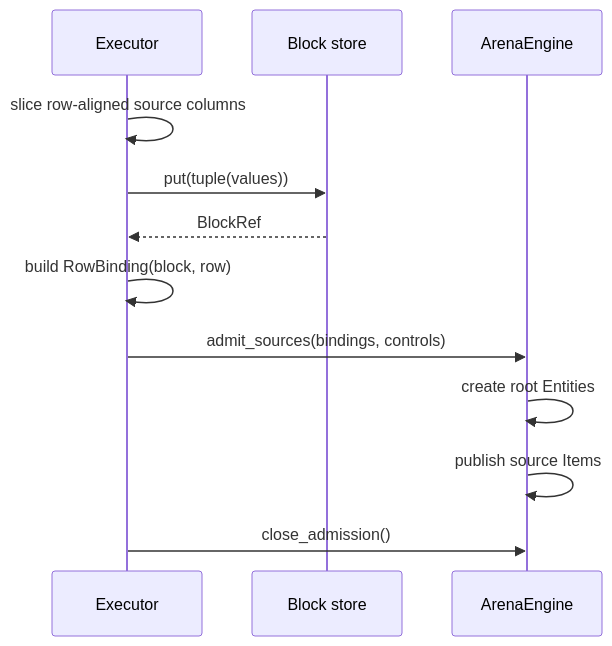
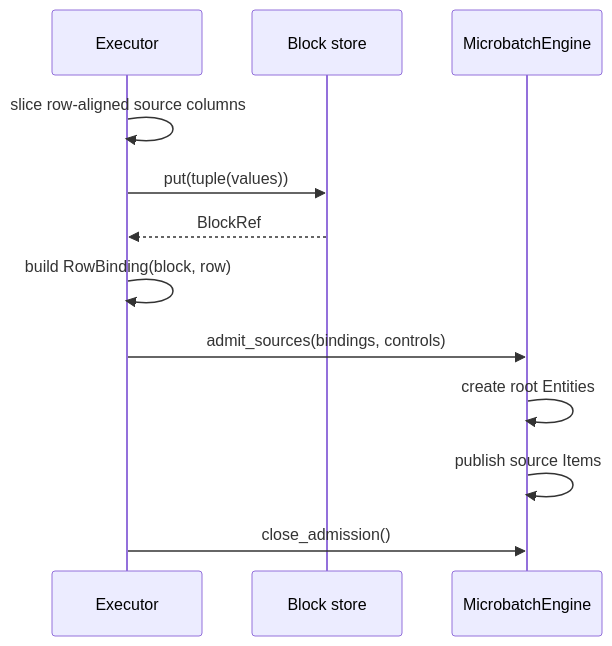
The sixth of 16 diagrams in docs/multigrain_v3_6_tutorial.md (OpenDCAI/RayOrch), drawn with Mermaid before and after one commit. The commit also changed other lines of this file and 38 other files, not shown here.

Commit message:
feat(v3.6): unify architecture vocabulary and state ownership

````diff
--- a/docs/multigrain_v3_6_tutorial.md
+++ b/docs/multigrain_v3_6_tutorial.md
@@ -921,15 +940,15 @@
 ```mermaid
 sequenceDiagram
     participant E as Executor
     participant S as Block store
-    participant A as ArenaEngine
+    participant A as MicrobatchEngine
 
     E->>E: slice row-aligned source columns
     E->>S: put(tuple(values))
     S-->>E: BlockRef
     E->>E: build RowBinding(block, row)
     E->>A: admit_sources(bindings, controls)
     A->>A: create root Entities
     A->>A: publish source Items
     E->>A: close_admission()
 ```
````
